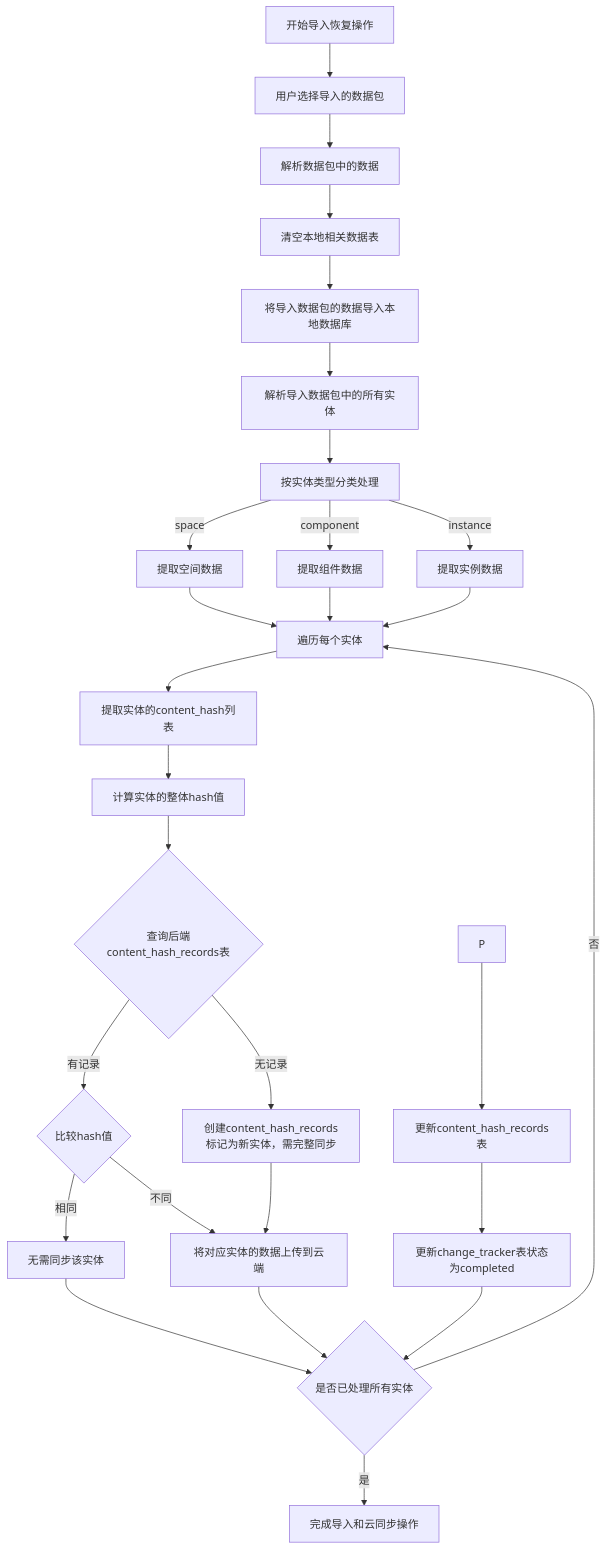
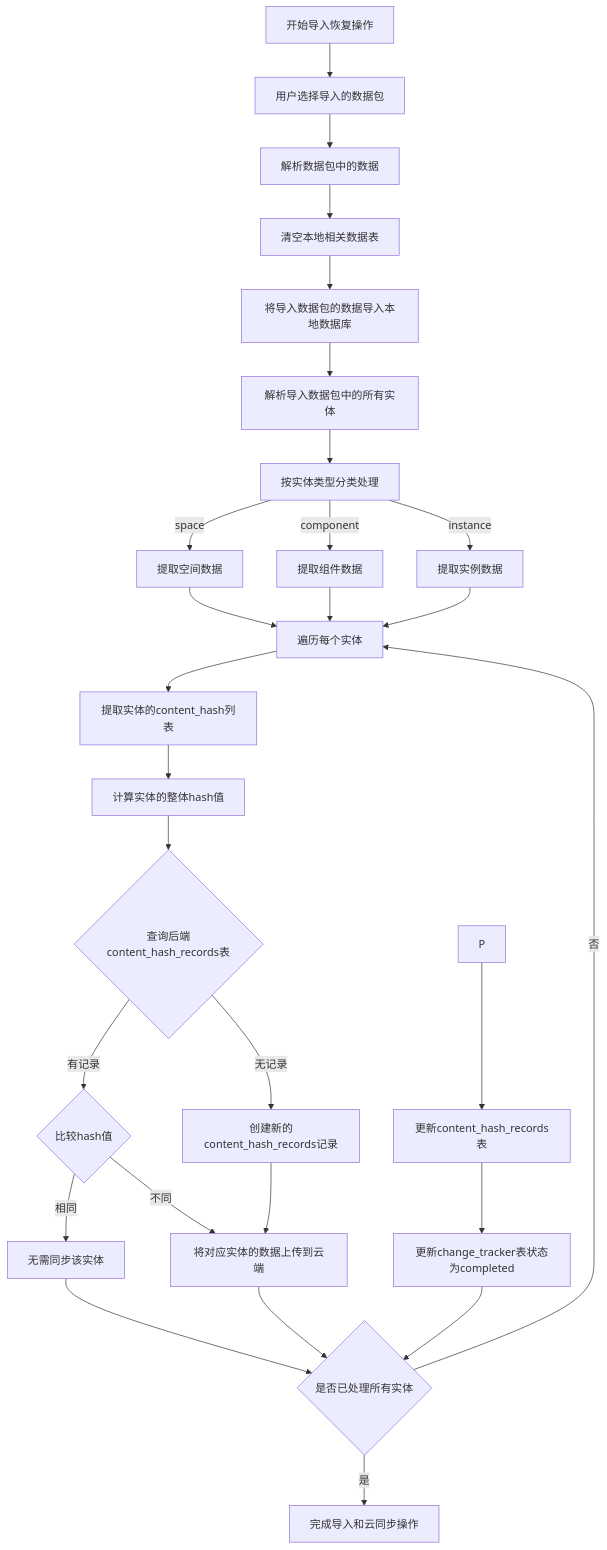
The diagram in all/未命名-44.md (yingjianzh/iodraw-files), drawn with Mermaid before and after one commit.

Commit message:
2025-04-27 11:40:16 update

````diff
--- a/all/未命名-44.md
+++ b/all/未命名-44.md
@@ -1,39 +1,39 @@
 ```mermaid
 flowchart TD
     A[开始导入恢复操作] --> B[用户选择导入的数据包]
     B --> C[解析数据包中的数据]
     
     C --> D[清空本地相关数据表]
     D --> E[将导入数据包的数据导入本地数据库]
     
     E --> F[解析导入数据包中的所有实体]
     F --> G[按实体类型分类处理]
     
     G -->|space| H1[提取空间数据]
     G -->|component| H2[提取组件数据]
     G -->|instance| H3[提取实例数据]
     
     H1 --> I[遍历每个实体]
     H2 --> I
     H3 --> I
     
     I --> J[提取实体的content_hash列表]
     J --> K[计算实体的整体hash值]
     
     K --> L{查询后端content_hash_records表}
-    L -->|无记录| M1[创建content_hash_records标记为新实体，需完整同步]
+    L -->|无记录| M1[创建新的content_hash_records记录]
     L -->|有记录| M2{比较hash值}
     
     M2 -->|相同| M3[无需同步该实体]
     M2 -->|不同| M4[将对应实体的数据上传到云端]
     M1 --> M4[将对应实体的数据上传到云端]
     
     P --> Q[更新content_hash_records表]
     Q --> R[更新change_tracker表状态为completed]
     M3 --> S{是否已处理所有实体}
     M4 --> S{是否已处理所有实体}
     R --> S
     
     S -->|否| I
     S -->|是| T[完成导入和云同步操作]
 ```
````
